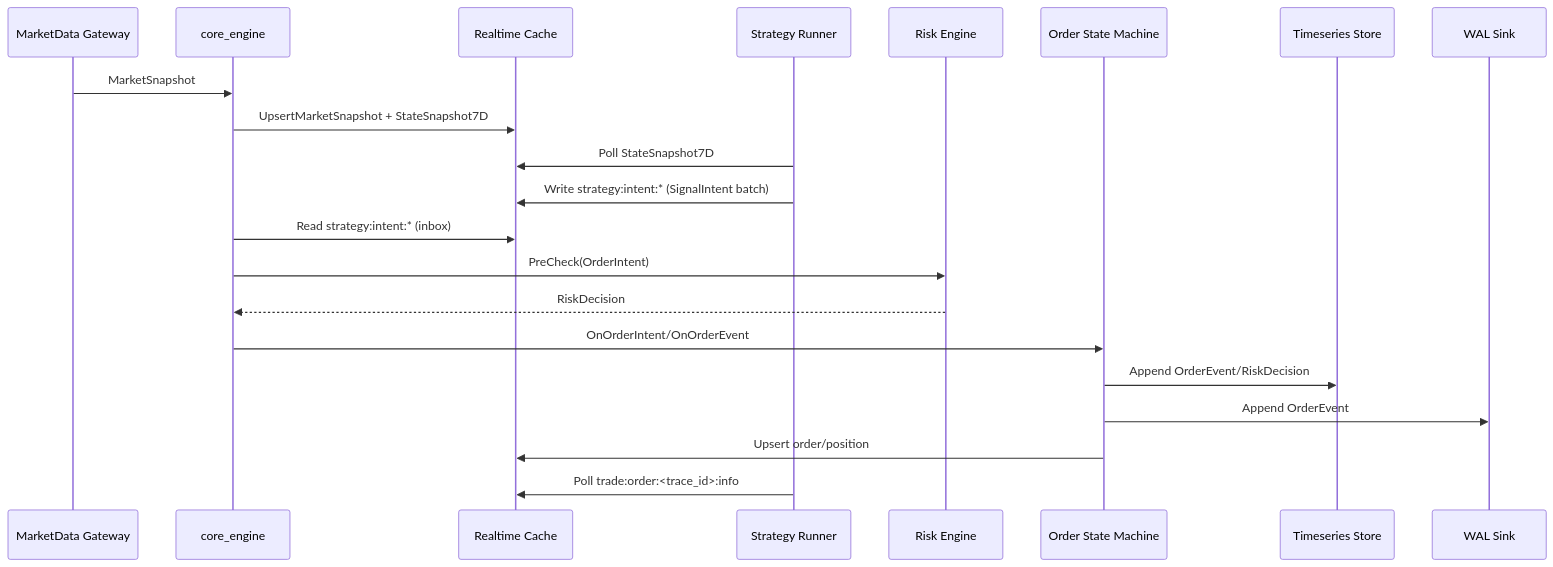
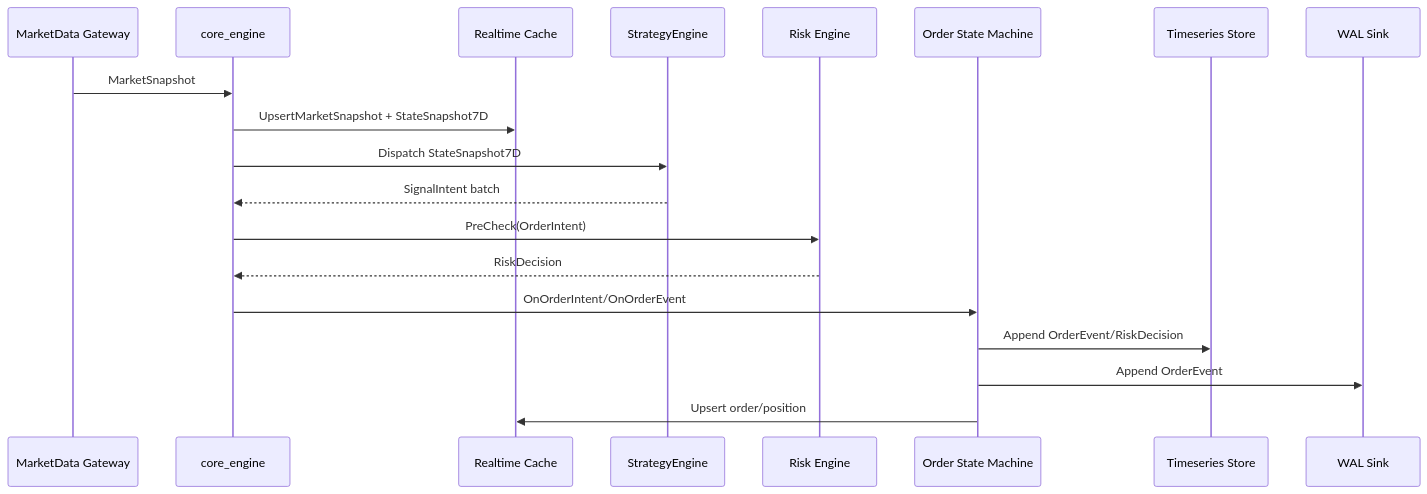
The diagram in develop/01-系统架构设计/01-03-关键数据流与接口设计.md (zhaofei0923/quant_platform_HF), drawn with Mermaid before and after one commit. The commit also changed other lines of this file and 25 other files, not shown here.

````diff
--- a/develop/01-系统架构设计/01-03-关键数据流与接口设计.md
+++ b/develop/01-系统架构设计/01-03-关键数据流与接口设计.md
@@ -31,24 +27,22 @@
 ```mermaid
 sequenceDiagram
     participant MD as MarketData Gateway
     participant CE as core_engine
     participant RC as Realtime Cache
-    participant SR as Strategy Runner
+    participant SE as StrategyEngine
     participant RI as Risk Engine
     participant OE as Order State Machine
     participant TS as Timeseries Store
     participant WAL as WAL Sink
 
     MD->>CE: MarketSnapshot
     CE->>RC: UpsertMarketSnapshot + StateSnapshot7D
-    SR->>RC: Poll StateSnapshot7D
-    SR->>RC: Write strategy:intent:* (SignalIntent batch)
-    CE->>RC: Read strategy:intent:* (inbox)
+    CE->>SE: Dispatch StateSnapshot7D
+    SE-->>CE: SignalIntent batch
     CE->>RI: PreCheck(OrderIntent)
     RI-->>CE: RiskDecision
     CE->>OE: OnOrderIntent/OnOrderEvent
     OE->>TS: Append OrderEvent/RiskDecision
     OE->>WAL: Append OrderEvent
     OE->>RC: Upsert order/position
-    SR->>RC: Poll trade:order:<trace_id>:info
 ```
````
